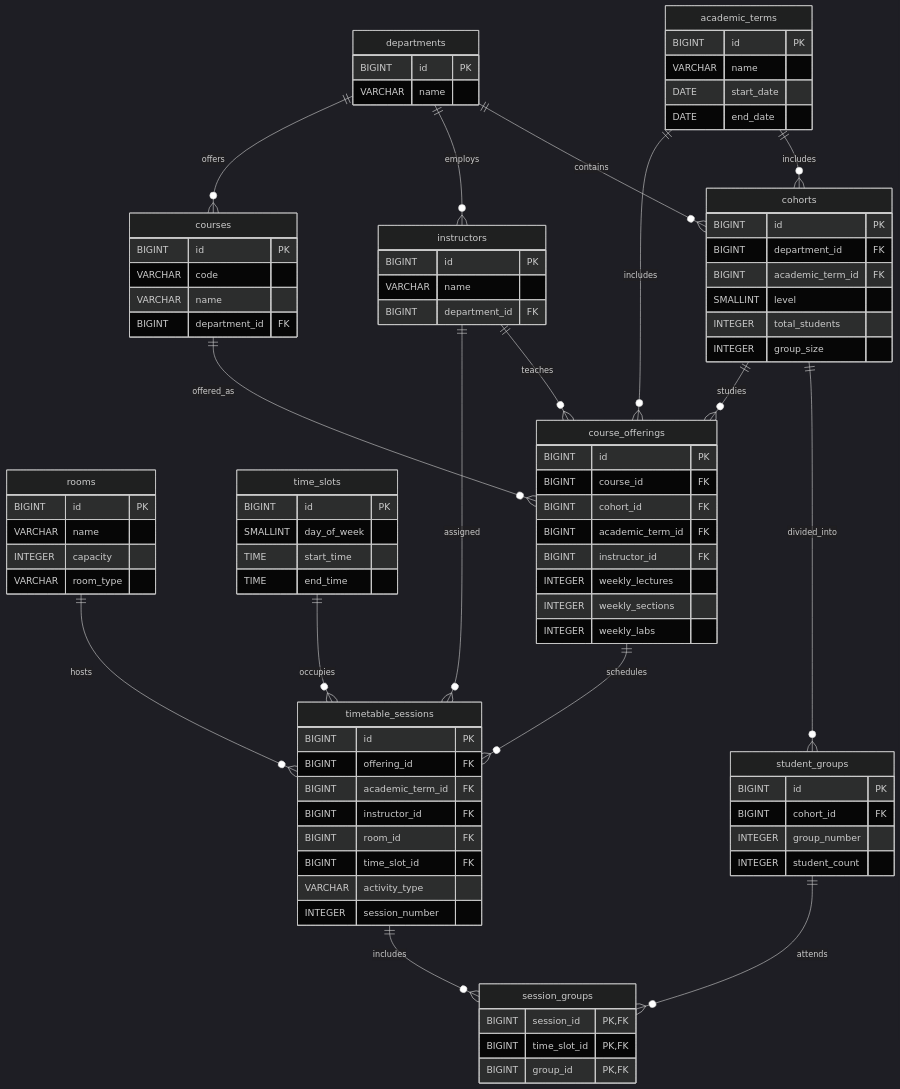
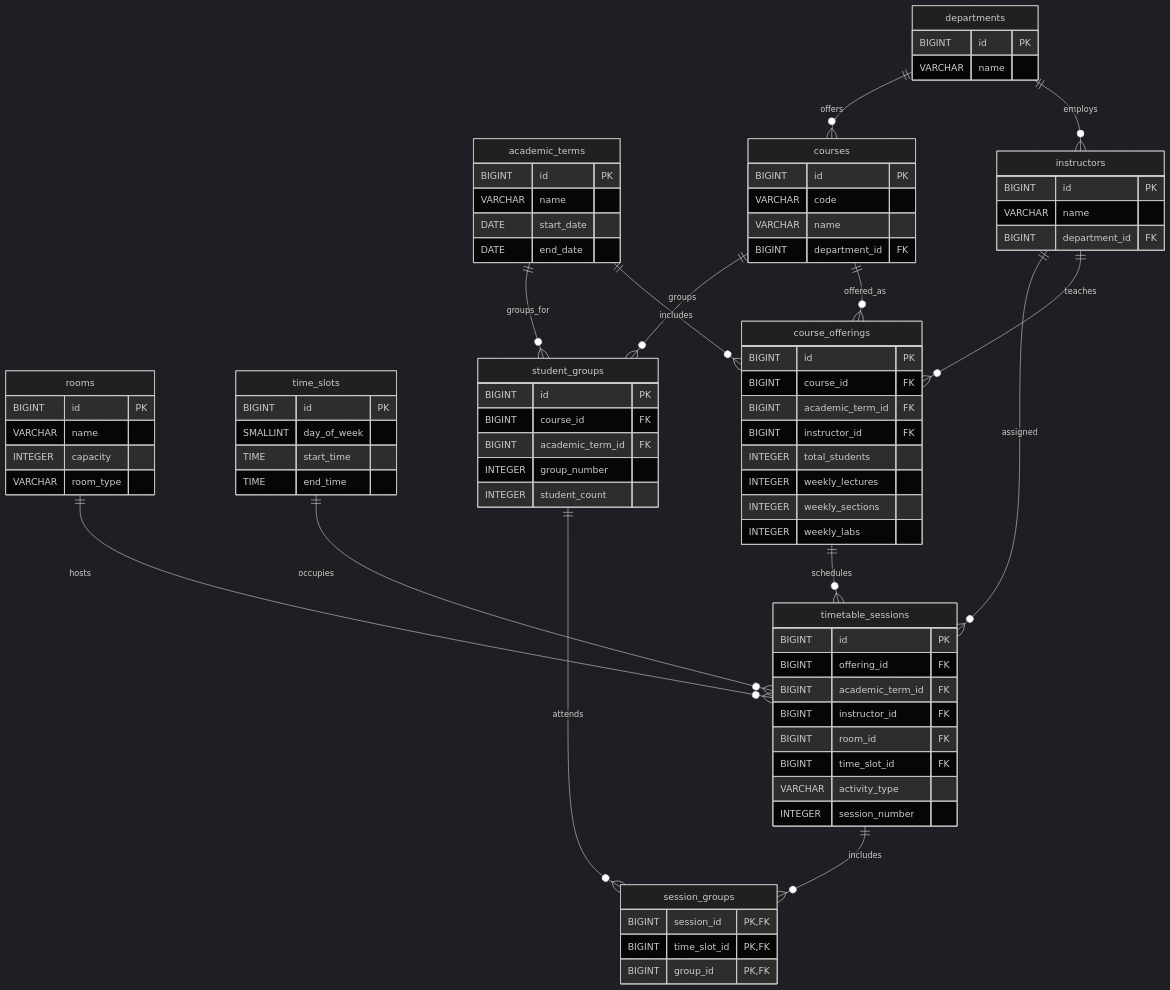
One commit to bishoonatig/uni_demoo changed the diagram in university-erd.md. Above: the diagram before and after it, drawn with Mermaid (dark theme). The commit also changed 9 other files, not shown here.

```diff
--- a/university-erd.md
+++ b/university-erd.md
@@ -13,15 +13,6 @@
         VARCHAR name
         DATE start_date
         DATE end_date
-    }
-
-    cohorts {
-        BIGINT id PK
-        BIGINT department_id FK
-        BIGINT academic_term_id FK
-        SMALLINT level
-        INTEGER total_students
-        INTEGER group_size
     }
 
     instructors {
@@ -53,7 +44,8 @@
 
     student_groups {
         BIGINT id PK
-        BIGINT cohort_id FK
+        BIGINT course_id FK
+        BIGINT academic_term_id FK
         INTEGER group_number
         INTEGER student_count
     }
@@ -61,9 +53,9 @@
     course_offerings {
         BIGINT id PK
         BIGINT course_id FK
-        BIGINT cohort_id FK
         BIGINT academic_term_id FK
         BIGINT instructor_id FK
+        INTEGER total_students
         INTEGER weekly_lectures
         INTEGER weekly_sections
         INTEGER weekly_labs
@@ -86,18 +78,15 @@
         BIGINT group_id PK, FK
     }
 
-    departments ||--o{ cohorts : contains
     departments ||--o{ instructors : employs
     departments ||--o{ courses : offers
 
-    academic_terms ||--o{ cohorts : includes
     academic_terms ||--o{ course_offerings : includes
-
-    cohorts ||--o{ student_groups : divided_into
-    cohorts ||--o{ course_offerings : studies
 
     courses ||--o{ course_offerings : offered_as
     instructors ||--o{ course_offerings : teaches
+    courses ||--o{ student_groups : groups
+    academic_terms ||--o{ student_groups : groups_for
 
     course_offerings ||--o{ timetable_sessions : schedules
 
```
